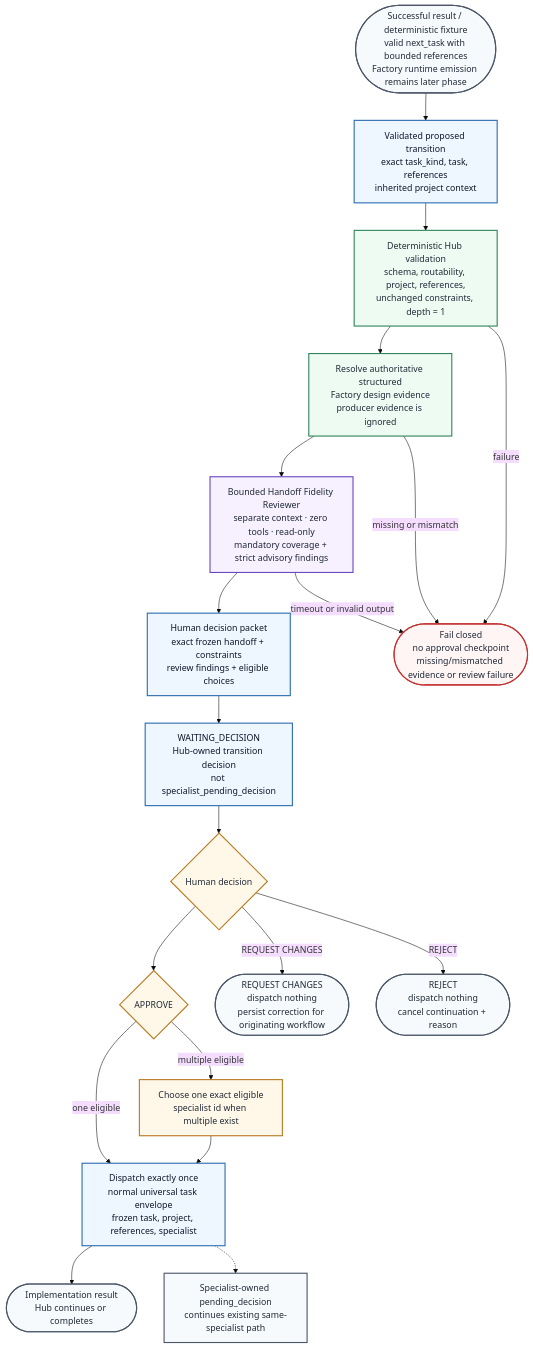
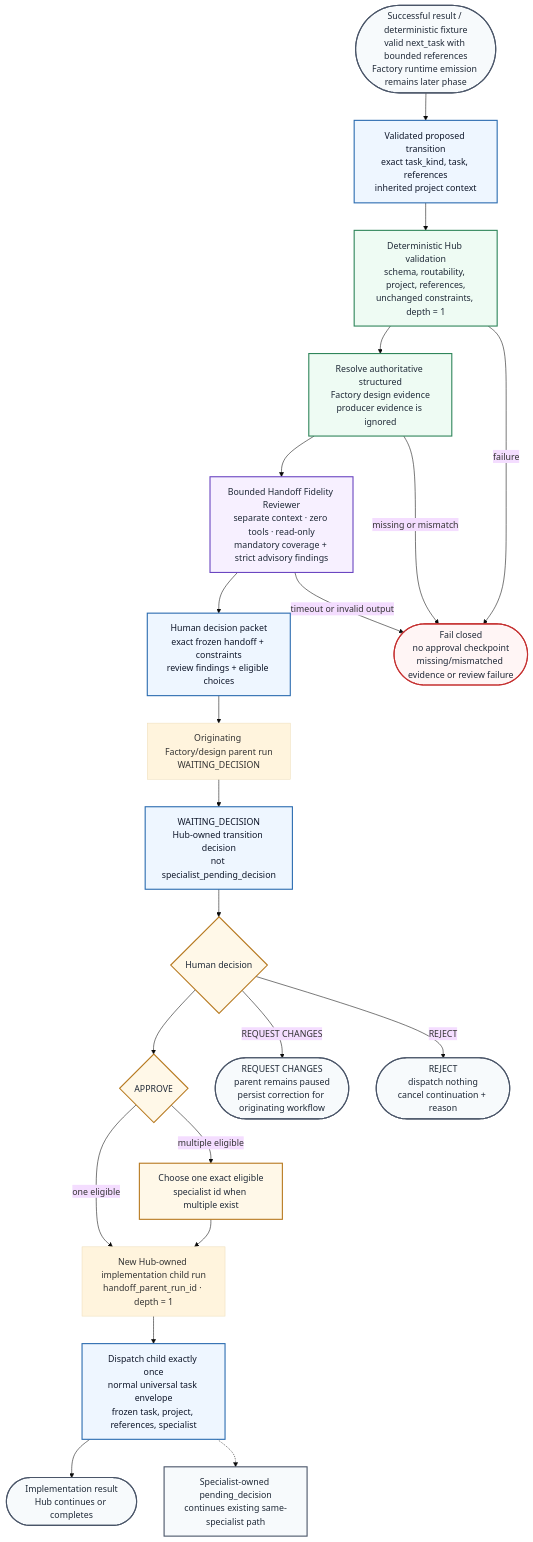
The diagram in docs/diagrams/08-CROSS-SPECIALIST-EXECUTION-PLAN.mmd (robvoto/agent-hub), drawn with Mermaid (base theme) before and after one commit. The commit also changed 5 other files, not shown here.

Commit message:
Fix cross-specialist handoff lineage

```diff
--- a/docs/diagrams/08-CROSS-SPECIALIST-EXECUTION-PLAN.mmd
+++ b/docs/diagrams/08-CROSS-SPECIALIST-EXECUTION-PLAN.mmd
@@ -1,43 +1,45 @@
 flowchart TD
     Source([Successful result / deterministic fixture<br/>valid next_task with bounded references<br/>Factory runtime emission remains later phase])
     Proposed["Validated proposed transition<br/>exact task_kind, task, references<br/>inherited project context"]
     Deterministic["Deterministic Hub validation<br/>schema, routability, project, references,<br/>unchanged constraints, depth = 1"]
     Evidence["Resolve authoritative structured<br/>Factory design evidence<br/>producer evidence is ignored"]
     Reviewer["Bounded Handoff Fidelity Reviewer<br/>separate context · zero tools · read-only<br/>mandatory coverage + strict advisory findings"]
     Packet["Human decision packet<br/>exact frozen handoff + constraints<br/>review findings + eligible choices"]
     Waiting["WAITING_DECISION<br/>Hub-owned transition decision<br/>not specialist_pending_decision"]
     Decision{"Human decision"}
     Approve{"APPROVE"}
     Choose["Choose one exact eligible<br/>specialist id when multiple exist"]
-    Dispatch["Dispatch exactly once<br/>normal universal task envelope<br/>frozen task, project, references, specialist"]
-    Request([REQUEST CHANGES<br/>dispatch nothing<br/>persist correction for originating workflow])
+    Parent["Originating Factory/design parent run<br/>WAITING_DECISION"]
+    Child["New Hub-owned implementation child run<br/>handoff_parent_run_id · depth = 1"]
+    Dispatch["Dispatch child exactly once<br/>normal universal task envelope<br/>frozen task, project, references, specialist"]
+    Request([REQUEST CHANGES<br/>parent remains paused<br/>persist correction for originating workflow])
     Reject([REJECT<br/>dispatch nothing<br/>cancel continuation + reason])
     SpecialistDecision["Specialist-owned pending_decision<br/>continues existing same-specialist path"]
     Result([Implementation result<br/>Hub continues or completes])
     Fail([Fail closed<br/>no approval checkpoint<br/>missing/mismatched evidence or review failure])
 
-    Source --> Proposed --> Deterministic --> Evidence --> Reviewer --> Packet --> Waiting --> Decision
+    Source --> Proposed --> Deterministic --> Evidence --> Reviewer --> Packet --> Parent --> Waiting --> Decision
     Deterministic -->|failure| Fail
     Evidence -->|missing or mismatch| Fail
     Reviewer -->|timeout or invalid output| Fail
     Decision --> Approve
     Decision -->|REQUEST CHANGES| Request
     Decision -->|REJECT| Reject
-    Approve -->|one eligible| Dispatch
-    Approve -->|multiple eligible| Choose --> Dispatch
+    Approve -->|one eligible| Child --> Dispatch
+    Approve -->|multiple eligible| Choose --> Child
     Dispatch --> Result
     Dispatch -.-> SpecialistDecision
 
     classDef hub fill:#eef6ff,stroke:#2b6cb0,stroke-width:2px,color:#0f172a;
     classDef deterministic fill:#eefbf3,stroke:#2f855a,stroke-width:2px,color:#1f2937;
     classDef review fill:#f7f0ff,stroke:#6b46c1,stroke-width:2px,color:#1f2937;
     classDef human fill:#fff8e8,stroke:#b7791f,stroke-width:2px,color:#1f2937;
     classDef terminal fill:#f7fafc,stroke:#4a5568,stroke-width:2px,color:#1f2937;
     classDef fail fill:#fff5f5,stroke:#c53030,stroke-width:2px,color:#1f2937;
 
     class Proposed,Packet,Waiting,Dispatch hub;
     class Deterministic,Evidence deterministic;
     class Reviewer review;
     class Decision,Approve,Choose human;
     class Source,Request,Reject,SpecialistDecision,Result terminal;
     class Fail fail;
```
